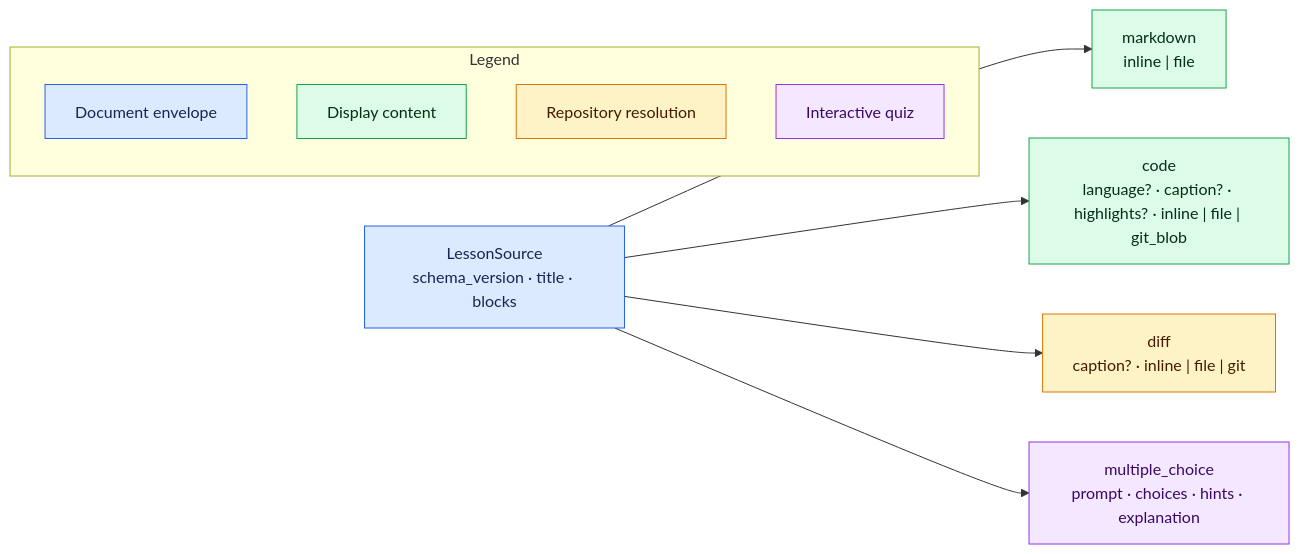
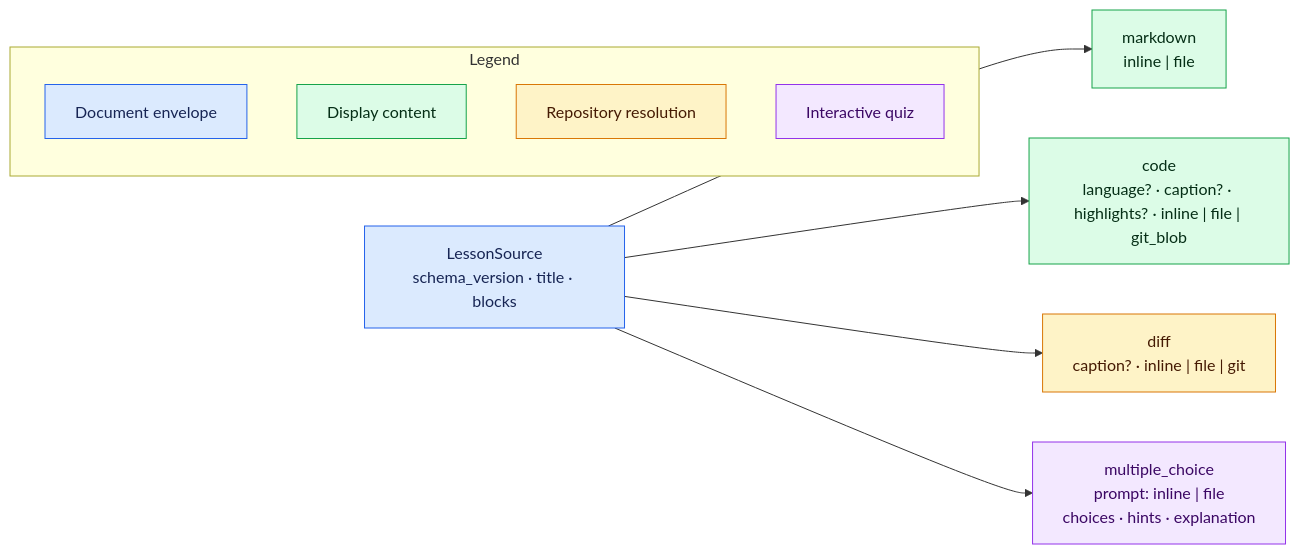
The diagram in docs/AUTHORING.md (negative-nilgiri/teacher), drawn with Mermaid before and after one commit. The commit also changed other lines of this file and 19 other files, not shown here.

````diff
--- a/docs/AUTHORING.md
+++ b/docs/AUTHORING.md
@@ -42,20 +42,20 @@
 ```mermaid
 flowchart LR
     L["LessonSource<br/>schema_version · title · blocks"]:::envelope
     L --> M["markdown<br/>inline | file"]:::content
     L --> C["code<br/>language? · caption? · highlights? · inline | file | git_blob"]:::content
     L --> D["diff<br/>caption? · inline | file | git"]:::repository
-    L --> Q["multiple_choice<br/>prompt · choices · hints · explanation"]:::quiz
+    L --> Q["multiple_choice<br/>prompt: inline | file<br/>choices · hints · explanation"]:::quiz
 
     subgraph Legend
       LE["Document envelope"]:::envelope
       LC["Display content"]:::content
       LR["Repository resolution"]:::repository
       LQ["Interactive quiz"]:::quiz
     end
 
     classDef envelope fill:#dbeafe,stroke:#2563eb,color:#172554
     classDef content fill:#dcfce7,stroke:#16a34a,color:#052e16
     classDef repository fill:#fef3c7,stroke:#d97706,color:#451a03
     classDef quiz fill:#f3e8ff,stroke:#9333ea,color:#3b0764
 ```
````
